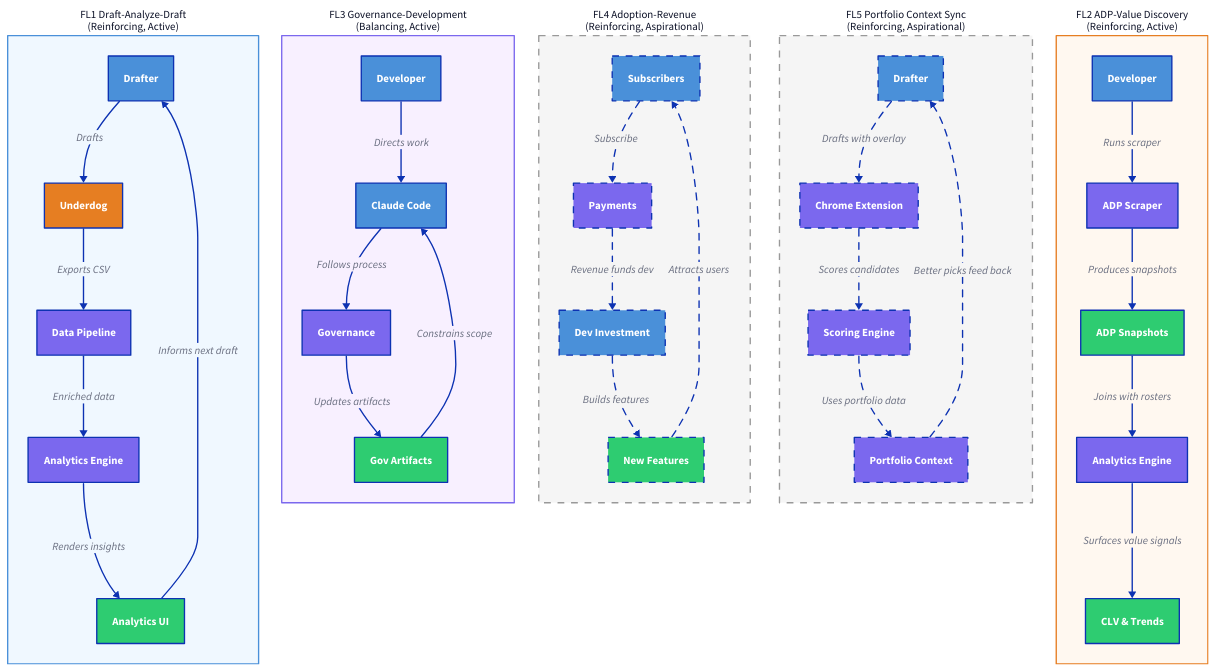
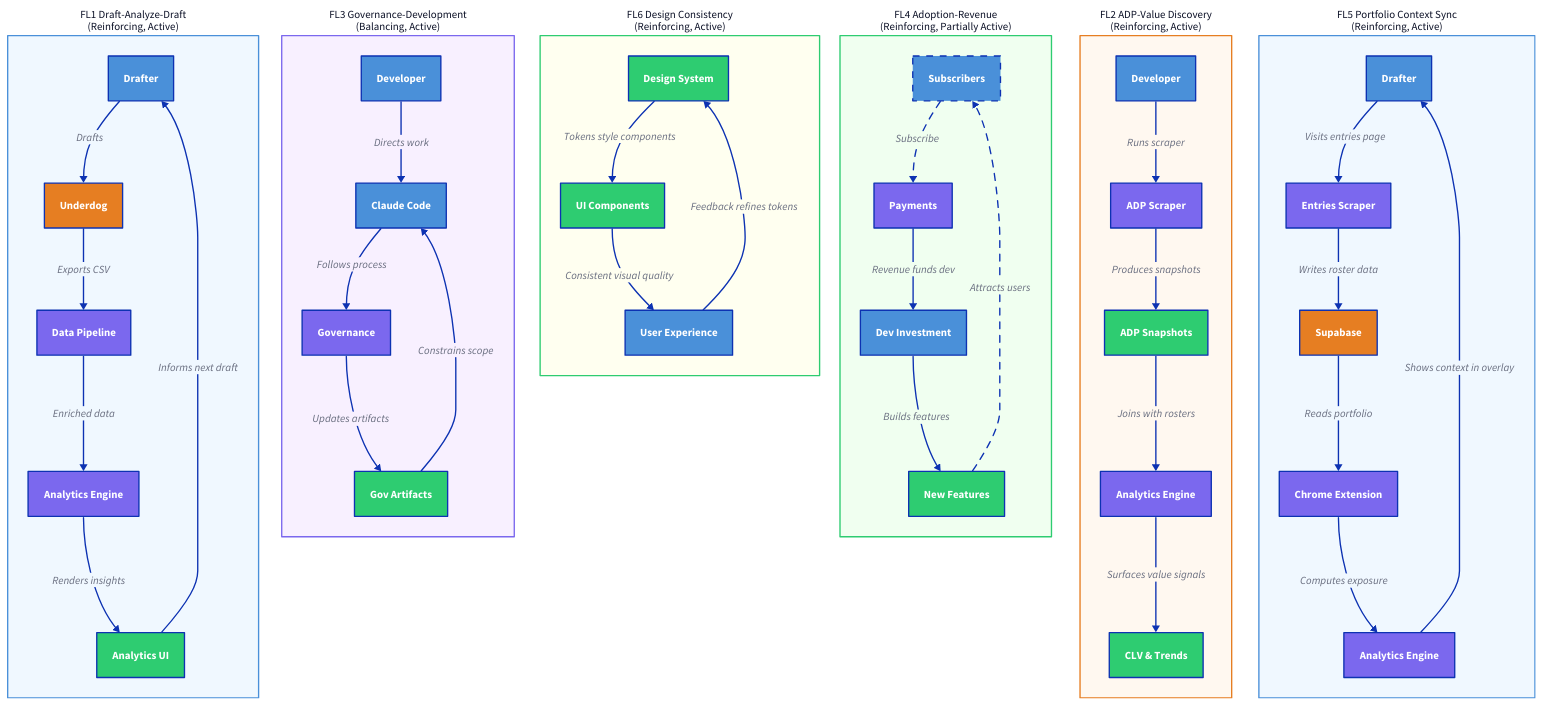
The diagram in Docs/systems-model/feedback.d2 (heithoffp/bestball), drawn with D2 before and after one commit. The commit also changed 88 other files, not shown here.

```diff
--- a/Docs/systems-model/feedback.d2
+++ b/Docs/systems-model/feedback.d2
@@ -1,174 +1,198 @@
 # Best Ball Portfolio Manager — Feedback Loops
 # d2-render-layout: elk
 
 # --- FL1: Draft-Analyze-Draft (Reinforcing, Active) ---
 # The core value loop: draft -> upload -> analyze -> better next draft
 
 FL1: FL1 Draft-Analyze-Draft\n(Reinforcing, Active) {
   style.fill: "#F0F8FF"
   style.stroke: "#4A90D9"
   style.font-size: 16
 
   R1: Drafter {
     style.fill: "#4A90D9"
     style.font-color: "#FFFFFF"
   }
   E1: Underdog {
     style.fill: "#E67E22"
     style.font-color: "#FFFFFF"
   }
   P1: Data Pipeline {
     style.fill: "#7B68EE"
     style.font-color: "#FFFFFF"
   }
   P3: Analytics Engine {
     style.fill: "#7B68EE"
     style.font-color: "#FFFFFF"
   }
   A3: Analytics UI {
     style.fill: "#2ECC71"
     style.font-color: "#FFFFFF"
   }
 
   R1 -> E1: Drafts
   E1 -> P1: Exports CSV
   P1 -> P3: Enriched data
   P3 -> A3: Renders insights
   A3 -> R1: Informs next draft
 }
 
 # --- FL2: ADP-Value Discovery (Reinforcing, Active) ---
 # More snapshots -> richer timeline -> better market context
 
 FL2: FL2 ADP-Value Discovery\n(Reinforcing, Active) {
   style.fill: "#FFF8F0"
   style.stroke: "#E67E22"
   style.font-size: 16
 
   R2: Developer {
     style.fill: "#4A90D9"
     style.font-color: "#FFFFFF"
   }
   P2: ADP Scraper {
     style.fill: "#7B68EE"
     style.font-color: "#FFFFFF"
   }
   A2: ADP Snapshots {
     style.fill: "#2ECC71"
     style.font-color: "#FFFFFF"
   }
   P3b: Analytics Engine {
     style.fill: "#7B68EE"
     style.font-color: "#FFFFFF"
   }
   A3b: CLV & Trends {
     style.fill: "#2ECC71"
     style.font-color: "#FFFFFF"
   }
 
   R2 -> P2: Runs scraper
   P2 -> A2: Produces snapshots
   A2 -> P3b: Joins with rosters
   P3b -> A3b: Surfaces value signals
 }
 
 # --- FL3: Governance-Development (Balancing, Active) ---
 # Constrains pace to prevent scope drift and maintain quality
 
 FL3: FL3 Governance-Development\n(Balancing, Active) {
   style.fill: "#F8F0FF"
   style.stroke: "#7B68EE"
   style.font-size: 16
 
   R2b: Developer {
     style.fill: "#4A90D9"
     style.font-color: "#FFFFFF"
   }
   R3: Claude Code {
     style.fill: "#4A90D9"
     style.font-color: "#FFFFFF"
   }
   P10: Governance {
     style.fill: "#7B68EE"
     style.font-color: "#FFFFFF"
   }
   A6: Gov Artifacts {
     style.fill: "#2ECC71"
     style.font-color: "#FFFFFF"
   }
 
   R2b -> R3: Directs work
   R3 -> P10: Follows process
   P10 -> A6: Updates artifacts
   A6 -> R3: Constrains scope
 }
 
-# --- FL4: Adoption-Revenue-Investment (Reinforcing, Aspirational) ---
+# --- FL4: Adoption-Revenue-Investment (Reinforcing, Partially Active) ---
+# Payment infra live, no subscribers yet
 
-FL4: FL4 Adoption-Revenue\n(Reinforcing, Aspirational) {
-  style.fill: "#F5F5F5"
-  style.stroke: "#999999"
-  style.stroke-dash: 5
+FL4: FL4 Adoption-Revenue\n(Reinforcing, Partially Active) {
+  style.fill: "#F0FFF0"
+  style.stroke: "#2ECC71"
   style.font-size: 16
 
   R1b: Subscribers {
     style.fill: "#4A90D9"
     style.font-color: "#FFFFFF"
     style.stroke-dash: 5
   }
   P8: Payments {
     style.fill: "#7B68EE"
     style.font-color: "#FFFFFF"
-    style.stroke-dash: 5
   }
   R2c: Dev Investment {
     style.fill: "#4A90D9"
     style.font-color: "#FFFFFF"
-    style.stroke-dash: 5
   }
   A3c: New Features {
     style.fill: "#2ECC71"
     style.font-color: "#FFFFFF"
-    style.stroke-dash: 5
   }
 
   R1b -> P8: Subscribe {style.stroke-dash: 5}
-  P8 -> R2c: Revenue funds dev {style.stroke-dash: 5}
-  R2c -> A3c: Builds features {style.stroke-dash: 5}
+  P8 -> R2c: Revenue funds dev
+  R2c -> A3c: Builds features
   A3c -> R1b: Attracts users {style.stroke-dash: 5}
 }
 
-# --- FL5: Portfolio Context Sync (Reinforcing, Aspirational) ---
+# --- FL5: Portfolio Context Sync (Reinforcing, Active) ---
+# Extension syncs entries -> Supabase -> overlay shows context during draft
 
-FL5: FL5 Portfolio Context Sync\n(Reinforcing, Aspirational) {
-  style.fill: "#F5F5F5"
-  style.stroke: "#999999"
-  style.stroke-dash: 5
+FL5: FL5 Portfolio Context Sync\n(Reinforcing, Active) {
+  style.fill: "#F0F8FF"
+  style.stroke: "#4A90D9"
   style.font-size: 16
 
   R1c: Drafter {
     style.fill: "#4A90D9"
     style.font-color: "#FFFFFF"
-    style.stroke-dash: 5
+  }
+  P11: Entries Scraper {
+    style.fill: "#7B68EE"
+    style.font-color: "#FFFFFF"
+  }
+  E2: Supabase {
+    style.fill: "#E67E22"
+    style.font-color: "#FFFFFF"
   }
   P9: Chrome Extension {
     style.fill: "#7B68EE"
     style.font-color: "#FFFFFF"
-    style.stroke-dash: 5
   }
-  P4: Scoring Engine {
+  P3c: Analytics Engine {
     style.fill: "#7B68EE"
     style.font-color: "#FFFFFF"
-    style.stroke-dash: 5
-  }
-  P3c: Portfolio Context {
-    style.fill: "#7B68EE"
-    style.font-color: "#FFFFFF"
-    style.stroke-dash: 5
   }
 
-  R1c -> P9: Drafts with overlay {style.stroke-dash: 5}
-  P9 -> P4: Scores candidates {style.stroke-dash: 5}
-  P4 -> P3c: Uses portfolio data {style.stroke-dash: 5}
-  P3c -> R1c: Better picks feed back {style.stroke-dash: 5}
+  R1c -> P11: Visits entries page
+  P11 -> E2: Writes roster data
+  E2 -> P9: Reads portfolio
+  P9 -> P3c: Computes exposure
+  P3c -> R1c: Shows context in overlay
 }
+
+# --- FL6: Design Consistency (Reinforcing, Active) ---
+# Token system ensures consistent styling across all components
+
+FL6: FL6 Design Consistency\n(Reinforcing, Active) {
+  style.fill: "#FFFFF0"
+  style.stroke: "#2ECC71"
+  style.font-size: 16
+
+  A8: Design System {
+    style.fill: "#2ECC71"
+    style.font-color: "#FFFFFF"
+  }
+  A3d: UI Components {
+    style.fill: "#2ECC71"
+    style.font-color: "#FFFFFF"
+  }
+  R1d: User Experience {
+    style.fill: "#4A90D9"
+    style.font-color: "#FFFFFF"
+  }
+
+  A8 -> A3d: Tokens style components
+  A3d -> R1d: Consistent visual quality
+  R1d -> A8: Feedback refines tokens
+}
```
